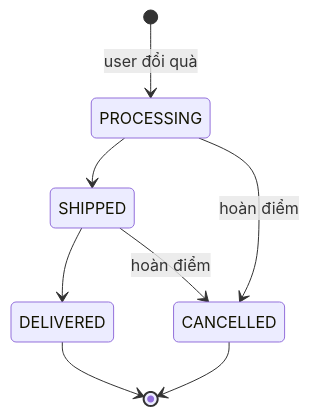
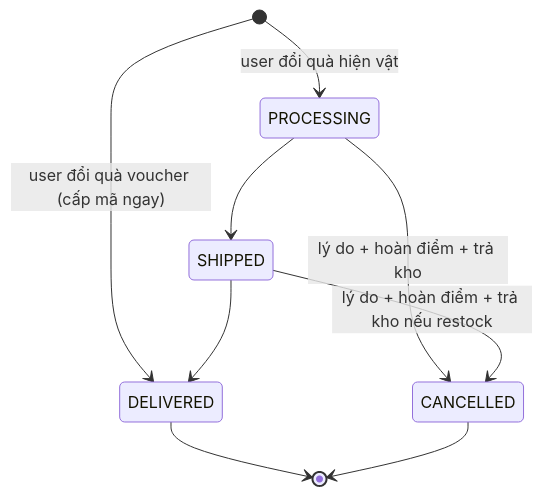
Diagram 13 of 17 in 04-state-machines.md (DOAN2-UQT-KN/ecolink-docs), drawn with Mermaid before and after one commit. The commit also changed other lines of this file and 8 other files, not shown here.

````diff
--- a/04-state-machines.md
+++ b/04-state-machines.md
@@ -410,10 +410,11 @@
 ```mermaid
 stateDiagram-v2
-  [*] --> PROCESSING: user đổi quà
+  [*] --> PROCESSING: user đổi quà hiện vật
+  [*] --> DELIVERED: user đổi quà voucher (cấp mã ngay)
   PROCESSING --> SHIPPED
-  PROCESSING --> CANCELLED: hoàn điểm
+  PROCESSING --> CANCELLED: lý do + hoàn điểm + trả kho
   SHIPPED --> DELIVERED
-  SHIPPED --> CANCELLED: hoàn điểm
+  SHIPPED --> CANCELLED: lý do + hoàn điểm + trả kho nếu restock
   DELIVERED --> [*]
   CANCELLED --> [*]
 ```
````
